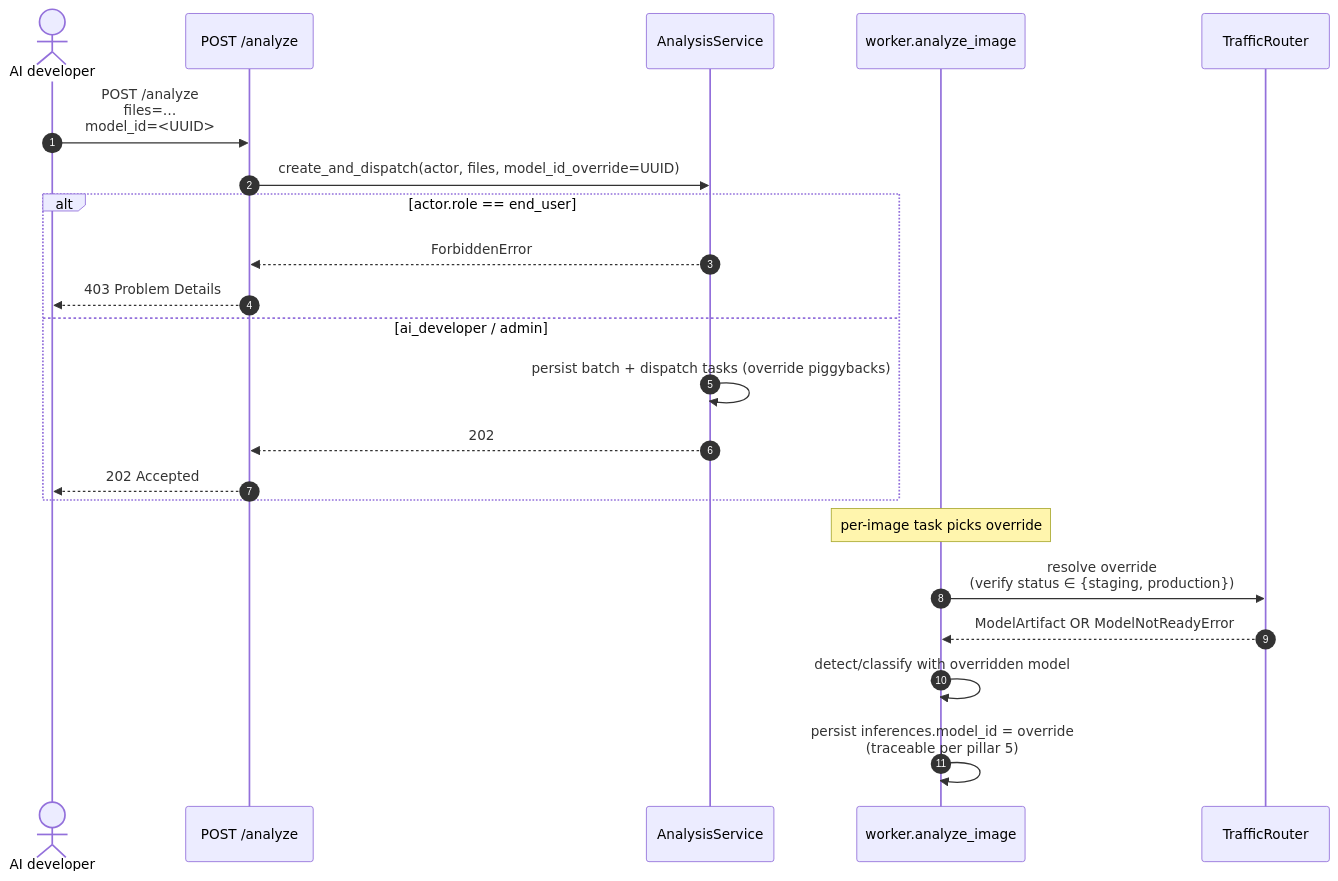
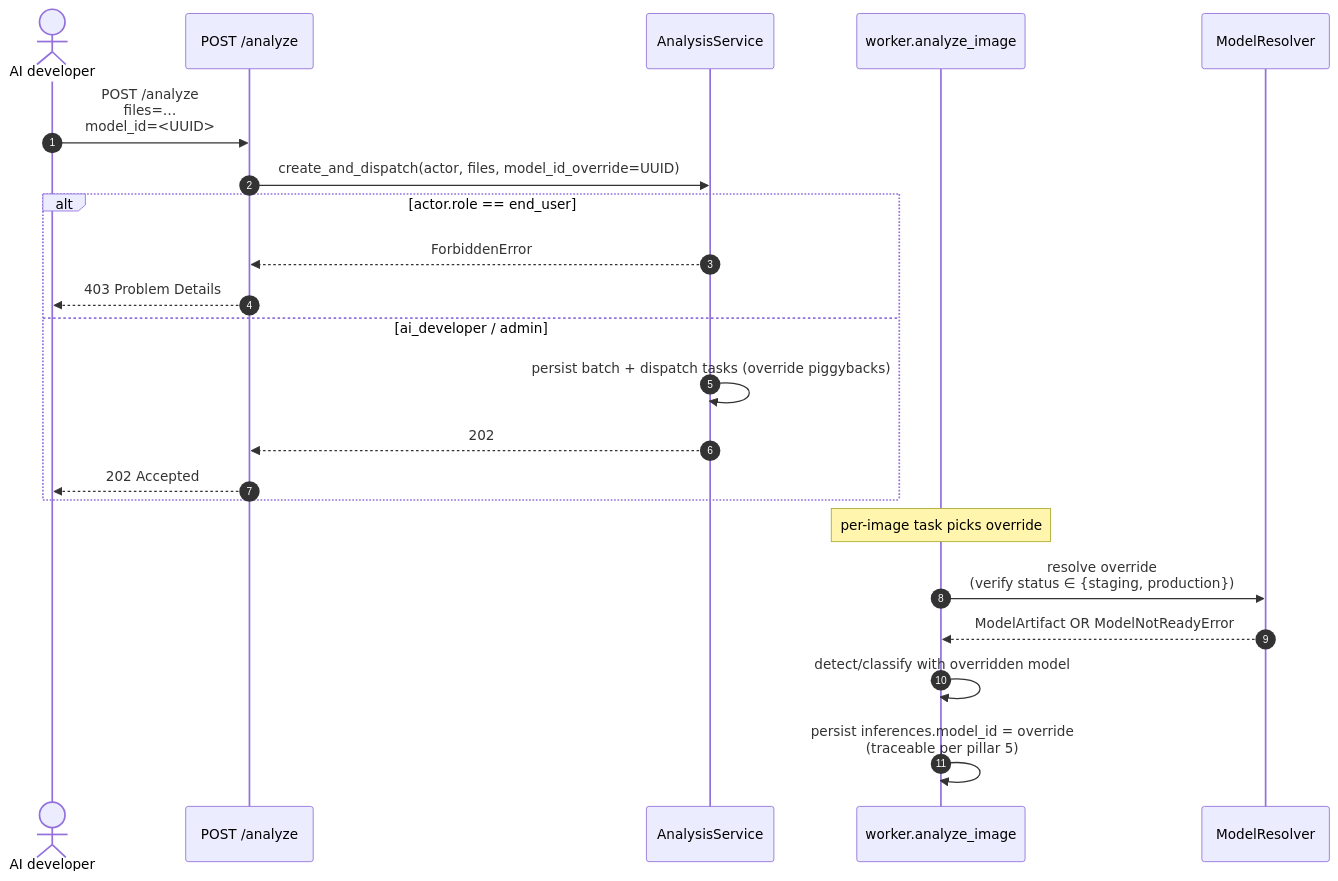
The third of 4 diagrams in docs/diagrams/09-ml-platform.md (RealOrangeKun/seed-bank), drawn with Mermaid before and after one commit. The commit also changed other lines of this file and 98 other files, not shown here.

````diff
--- a/docs/diagrams/09-ml-platform.md
+++ b/docs/diagrams/09-ml-platform.md
@@ -98,26 +77,26 @@
 ```mermaid
 sequenceDiagram
     autonumber
     actor AID as AI developer
     participant API as POST /analyze
     participant AS as AnalysisService
     participant W as worker.analyze_image
-    participant TR as TrafficRouter
+    participant TR as ModelResolver
 
     AID->>API: POST /analyze<br/>files=…<br/>model_id=<UUID>
     API->>AS: create_and_dispatch(actor, files, model_id_override=UUID)
     alt actor.role == end_user
         AS-->>API: ForbiddenError
         API-->>AID: 403 Problem Details
     else ai_developer / admin
         AS->>AS: persist batch + dispatch tasks (override piggybacks)
         AS-->>API: 202
         API-->>AID: 202 Accepted
     end
 
     note over W: per-image task picks override
     W->>TR: resolve override<br/>(verify status ∈ {staging, production})
     TR-->>W: ModelArtifact OR ModelNotReadyError
     W->>W: detect/classify with overridden model
     W->>W: persist inferences.model_id = override<br/>(traceable per pillar 5)
 ```
````
